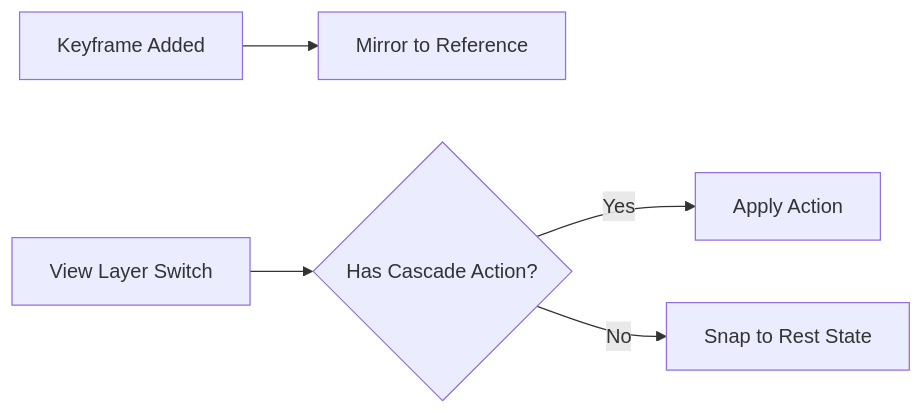
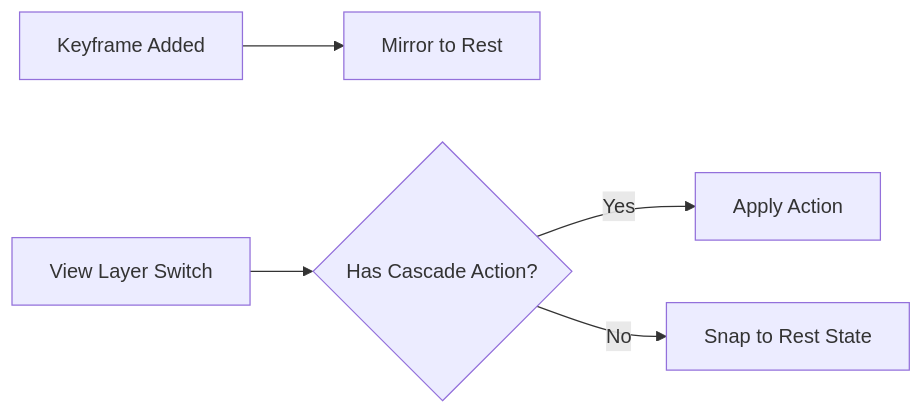
The diagram in docs/features/rest_state.md (niwo-dev/Takes-for-Blender-Wiki), drawn with Mermaid before and after one commit. The commit also changed other lines of this file and 9 other files, not shown here.

First line of the commit message:
docs: Rename Reference State -> Rest State

````diff
--- a/docs/features/rest_state.md
+++ b/docs/features/rest_state.md
@@ -19,7 +19,7 @@
 ```mermaid
 graph LR
-    K[Keyframe Added] --> M[Mirror to Reference]
+    K[Keyframe Added] --> M[Mirror to Rest]
     Switch[View Layer Switch] --> C{Has Cascade Action?}
     C -->|Yes| A[Apply Action]
     C -->|No| R[Snap to Rest State]
 ```
````
